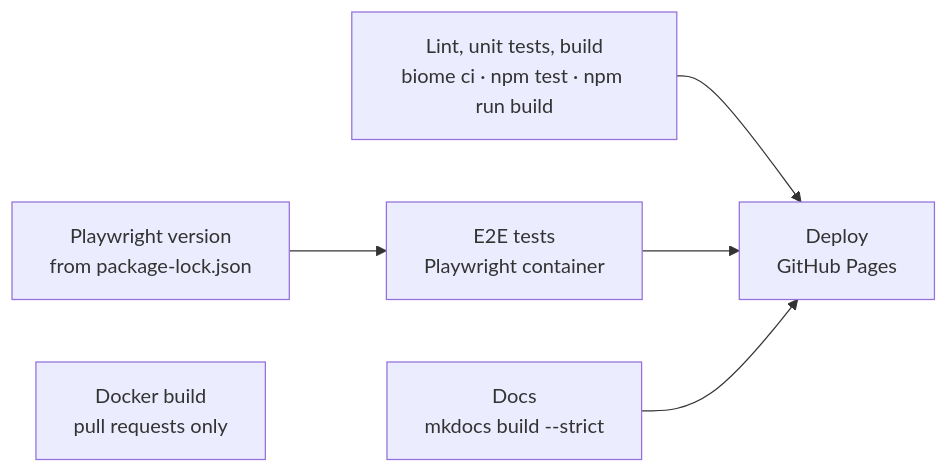
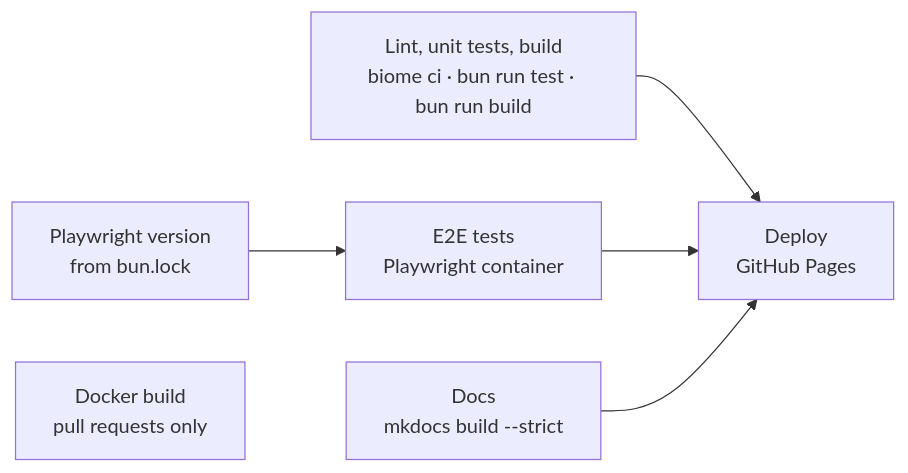
The diagram in docs/testing.md (firsttris/reactive-volcano-app), drawn with Mermaid before and after one commit. The commit also changed other lines of this file and 26 other files, not shown here.

First line of the commit message:
Move from npm and Node to Bun (#59)

````diff
--- a/docs/testing.md
+++ b/docs/testing.md
@@ -115,8 +115,8 @@
 ```mermaid
 flowchart LR
-  C["Lint, unit tests, build<br/>biome ci · npm test · npm run build"] --> D["Deploy<br/>GitHub Pages"]
-  V["Playwright version<br/>from package-lock.json"] --> E["E2E tests<br/>Playwright container"]
+  C["Lint, unit tests, build<br/>biome ci · bun run test · bun run build"] --> D["Deploy<br/>GitHub Pages"]
+  V["Playwright version<br/>from bun.lock"] --> E["E2E tests<br/>Playwright container"]
   E --> D
   M["Docs<br/>mkdocs build --strict"] --> D
   K["Docker build<br/>pull requests only"]
 ```
````
